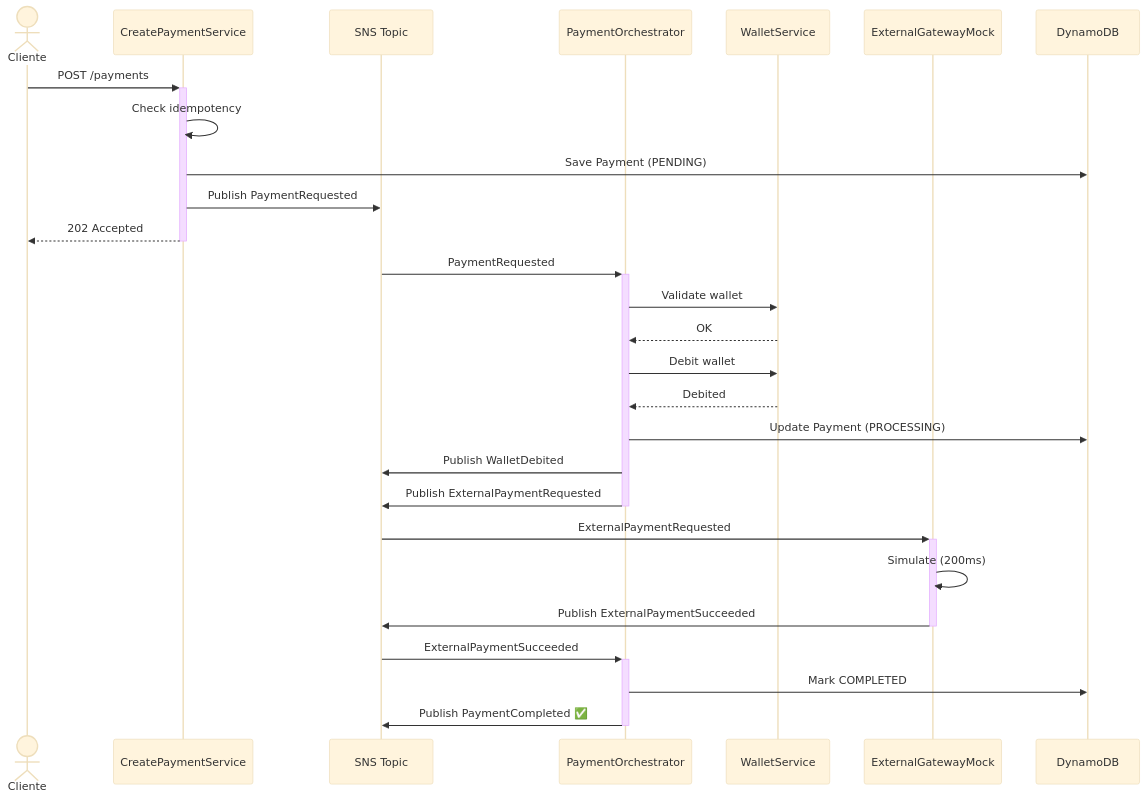
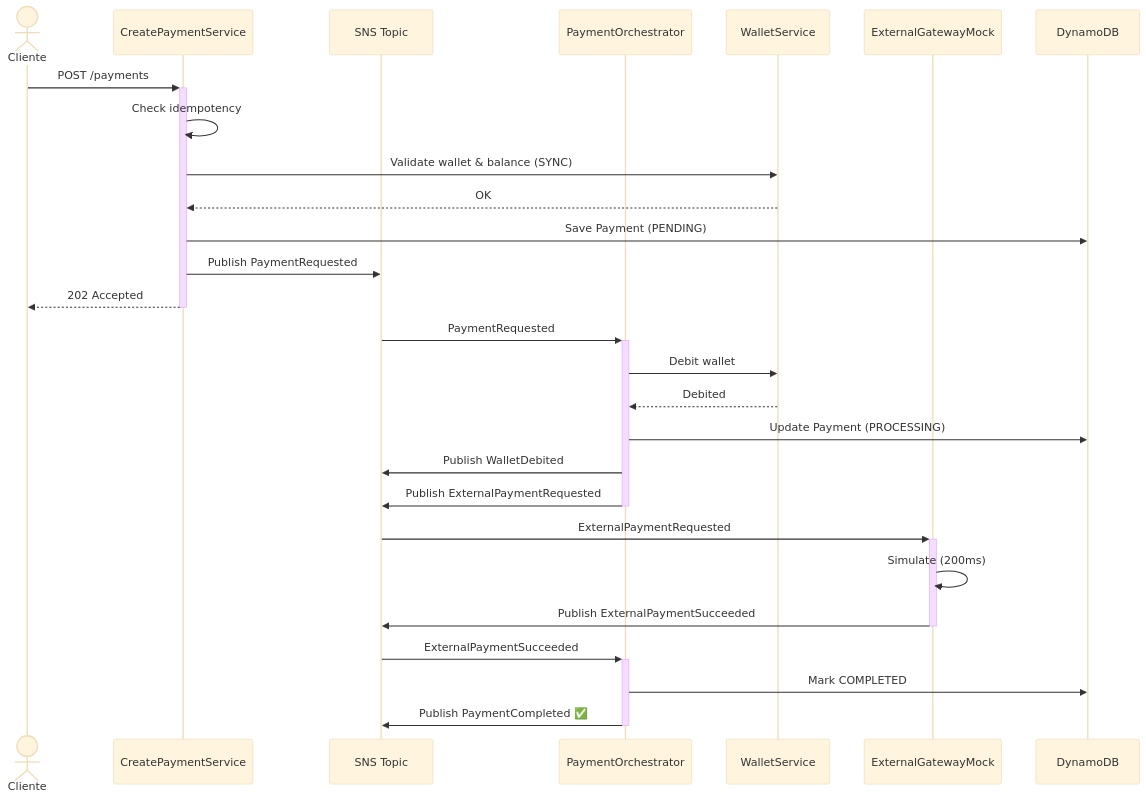
The first of 7 diagrams in docs/diagramas.md (frankko93/payment-api), drawn with Mermaid (base theme) before and after one commit. The commit also changed other lines of this file and 5 other files, not shown here.

````diff
--- a/docs/diagramas.md
+++ b/docs/diagramas.md
@@ -5,36 +5,36 @@
 ```mermaid
 sequenceDiagram
     actor Cliente
     participant API as CreatePaymentService
     participant SNS as SNS Topic
     participant PO as PaymentOrchestrator
     participant Wallet as WalletService
     participant Gateway as ExternalGatewayMock
     participant DB as DynamoDB
 
     Cliente->>+API: POST /payments
     API->>API: Check idempotency
+    API->>Wallet: Validate wallet & balance (SYNC)
+    Wallet-->>API: OK
     API->>DB: Save Payment (PENDING)
     API->>SNS: Publish PaymentRequested
     API-->>-Cliente: 202 Accepted
     
     SNS->>+PO: PaymentRequested
-    PO->>Wallet: Validate wallet
-    Wallet-->>PO: OK
     PO->>Wallet: Debit wallet
     Wallet-->>PO: Debited
     PO->>DB: Update Payment (PROCESSING)
     PO->>SNS: Publish WalletDebited
     PO->>SNS: Publish ExternalPaymentRequested
     deactivate PO
     
     SNS->>+Gateway: ExternalPaymentRequested
     Gateway->>Gateway: Simulate (200ms)
     Gateway->>SNS: Publish ExternalPaymentSucceeded
     deactivate Gateway
     
     SNS->>+PO: ExternalPaymentSucceeded
     PO->>DB: Mark COMPLETED
     PO->>SNS: Publish PaymentCompleted ✅
     deactivate PO
 ```
````
